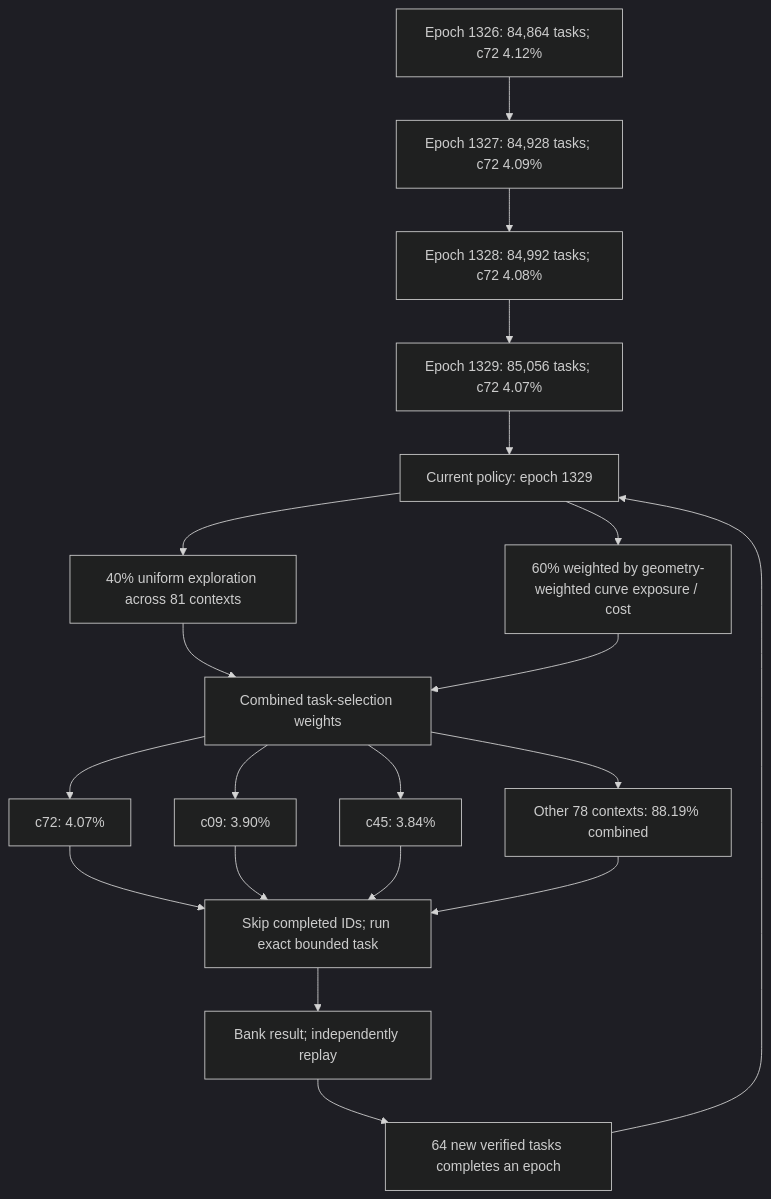
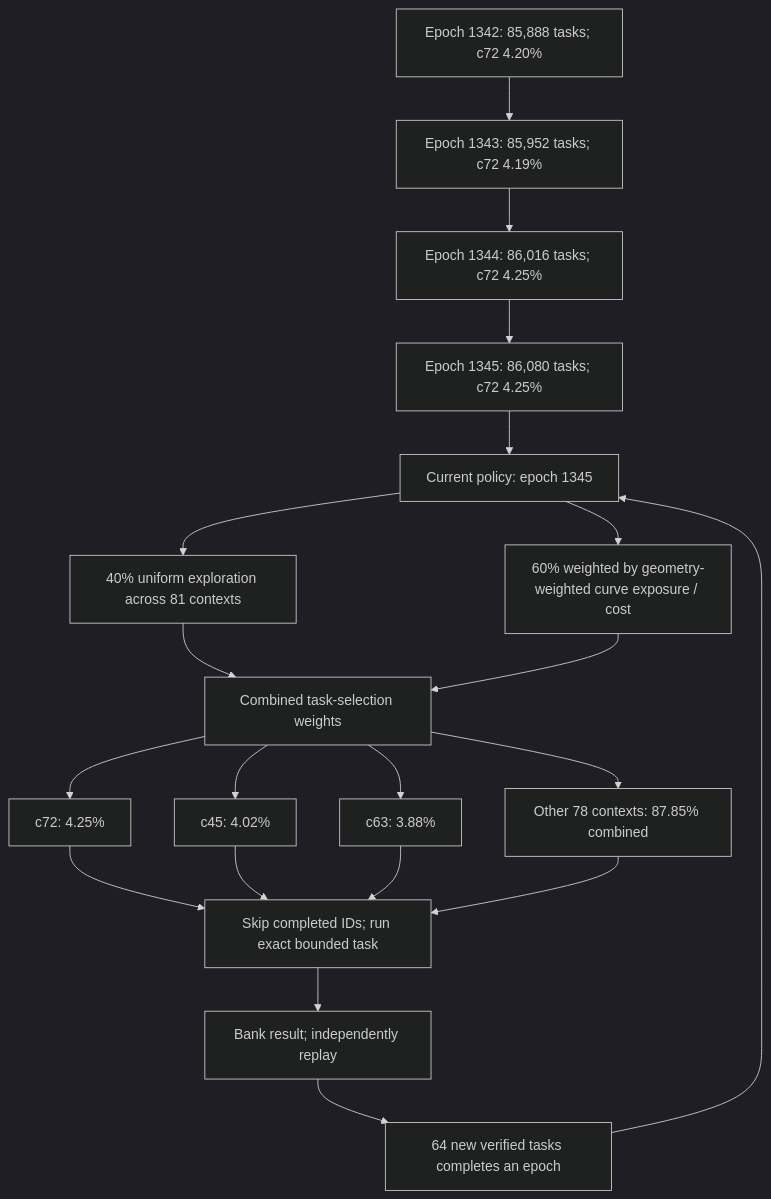
The first of 3 diagrams in README.md (Kuberwastaken/math-gambling), drawn with Mermaid (dark theme) before and after one commit. The commit also changed other lines of this file and 2138 other files, not shown here.

````diff
--- a/README.md
+++ b/README.md
@@ -56,27 +56,27 @@
 ```mermaid
 flowchart TD
-    H0["Epoch 1326: 84,864 tasks; c72 4.12%"]
-    H1["Epoch 1327: 84,928 tasks; c72 4.09%"]
+    H0["Epoch 1342: 85,888 tasks; c72 4.20%"]
+    H1["Epoch 1343: 85,952 tasks; c72 4.19%"]
     H0 --> H1
-    H2["Epoch 1328: 84,992 tasks; c72 4.08%"]
+    H2["Epoch 1344: 86,016 tasks; c72 4.25%"]
     H1 --> H2
-    H3["Epoch 1329: 85,056 tasks; c72 4.07%"]
+    H3["Epoch 1345: 86,080 tasks; c72 4.25%"]
     H2 --> H3
-    Policy["Current policy: epoch 1329"]
+    Policy["Current policy: epoch 1345"]
     H3 --> Policy
     Policy --> Explore["40% uniform exploration across 81 contexts"]
     Policy --> Cost["60% weighted by geometry-weighted curve exposure / cost"]
     Explore --> Mix["Combined task-selection weights"]
     Cost --> Mix
-    Mix --> C0["c72: 4.07%"]
-    Mix --> C1["c09: 3.90%"]
-    Mix --> C2["c45: 3.84%"]
-    Mix --> Rest["Other 78 contexts: 88.19% combined"]
+    Mix --> C0["c72: 4.25%"]
+    Mix --> C1["c45: 4.02%"]
+    Mix --> C2["c63: 3.88%"]
+    Mix --> Rest["Other 78 contexts: 87.85% combined"]
     C0 --> Check["Skip completed IDs; run exact bounded task"]
     C1 --> Check
     C2 --> Check
     Rest --> Check
     Check --> Replay["Bank result; independently replay"]
     Replay --> Gate["64 new verified tasks completes an epoch"]
     Gate --> Policy
 ```
````
